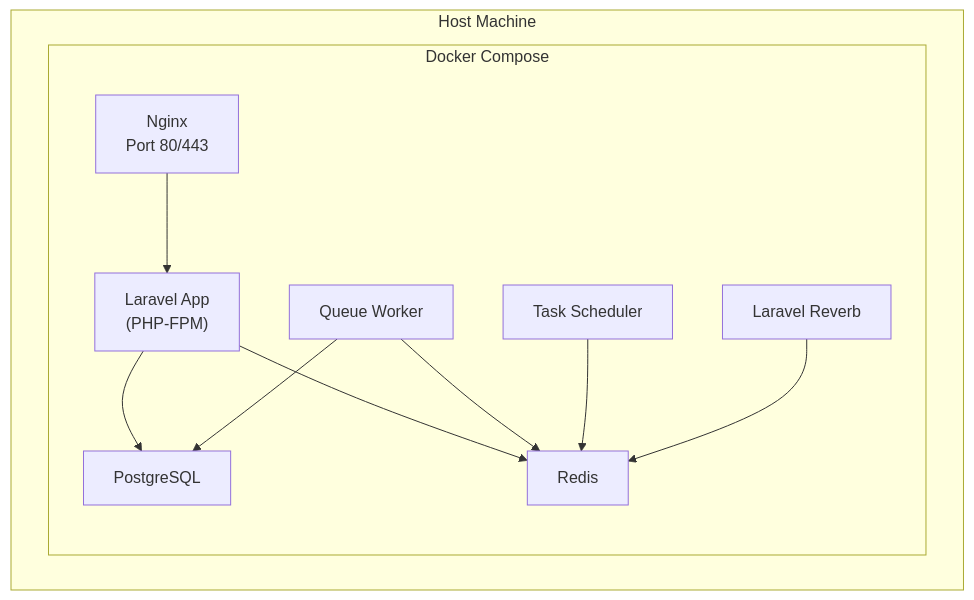
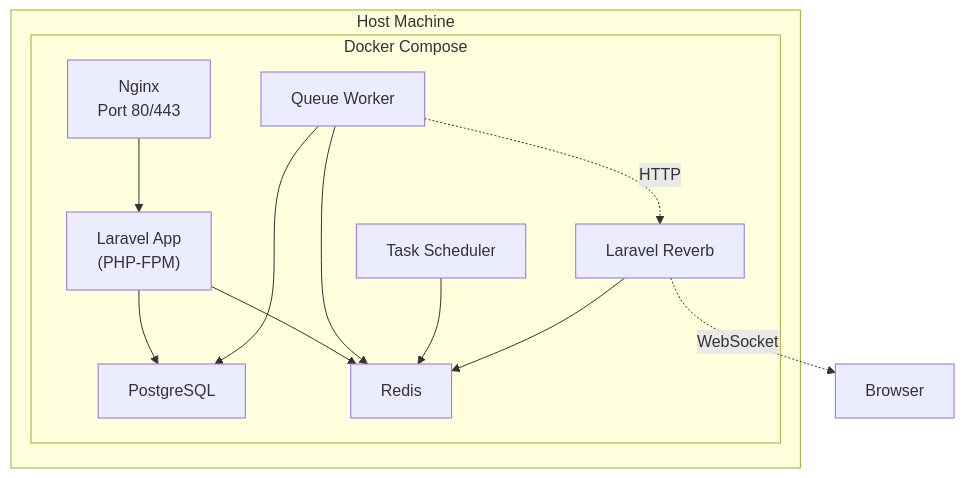
The fifth of 5 diagrams in docs/architecture.md (fazleyrabby/oblok), drawn with Mermaid before and after one commit. The commit also changed other lines of this file and 1 other file, not shown here.

First line of the commit message:
docs: sync architecture & design with realtime + resource metric fixes

````diff
--- a/docs/architecture.md
+++ b/docs/architecture.md
@@ -237,22 +239,24 @@
 ```mermaid
 graph TB
     subgraph Host["Host Machine"]
         subgraph Docker["Docker Compose"]
             Nginx["Nginx<br/>Port 80/443"]
             App["Laravel App<br/>(PHP-FPM)"]
             Worker["Queue Worker"]
             Scheduler["Task Scheduler"]
             Reverb["Laravel Reverb"]
             PG["PostgreSQL"]
             RD["Redis"]
         end
     end
 
     Nginx --> App
     App --> PG
     App --> RD
     Worker --> PG
     Worker --> RD
     Scheduler --> RD
     Reverb --> RD
+    Worker -. HTTP .-> Reverb
+    Reverb -. WebSocket .-> Browser
 ```
````
